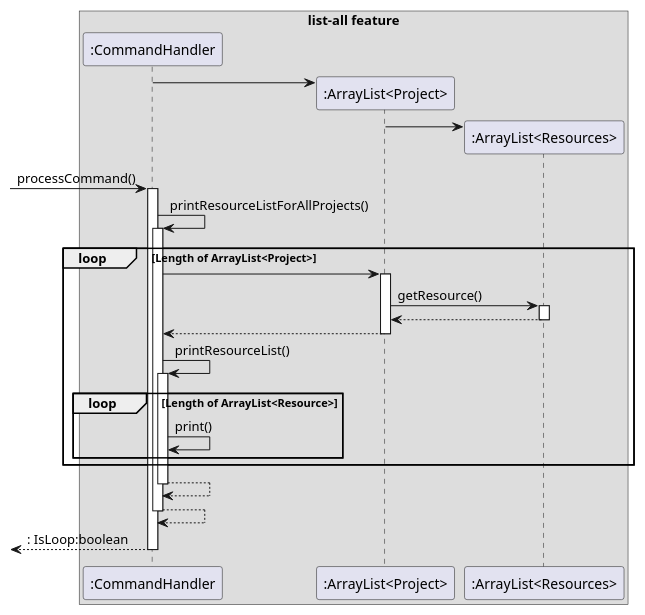
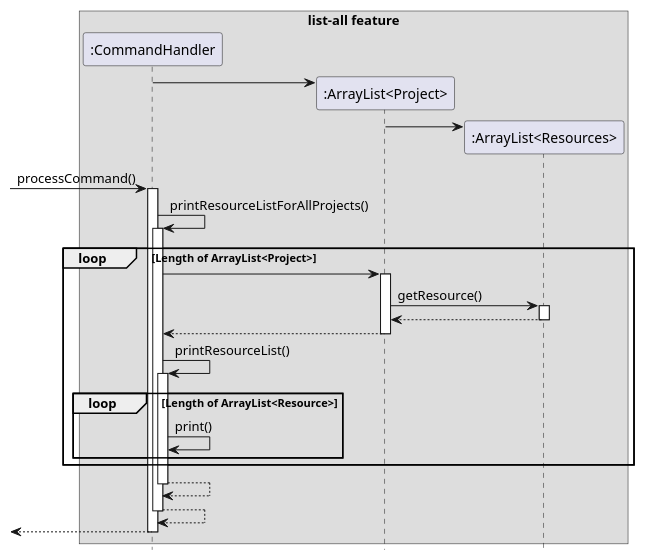
Before and after one commit to s-t-e-f/tp: the diagram in docs/PlantUML/listfinal.puml, drawn with PlantUML. The commit also changed 3 other files, not shown here.

```diff
--- a/docs/PlantUML/listfinal.puml
+++ b/docs/PlantUML/listfinal.puml
@@ -1,43 +1,43 @@
 @startuml
-
+hide footbox
 box list-all feature
 participant ":CommandHandler" as CH
 'participant "P1:Project" as P1
 'participant "P2:Project" as P2
 'participant "P3:Project" as P3
 participant ":ArrayList<Project>" as PA
 participant ":ArrayList<Resources>" as RA
 
 
 create PA
 CH -> PA
 
 create RA
 PA -> RA
 
 [-> CH: processCommand()
 activate CH
 
 CH -> CH: printResourceListForAllProjects()
 activate CH
 
 loop Length of ArrayList<Project>
     CH -> PA
     activate PA
     PA -> RA: getResource()
     activate RA
     return
     return
     CH -> CH: printResourceList()
     activate CH
     loop Length of ArrayList<Resource>
         CH -> CH: print()
     end
 end
 endbox
 return
 return
 
-return: IsLoop:boolean
+return
 
 @enduml
```
